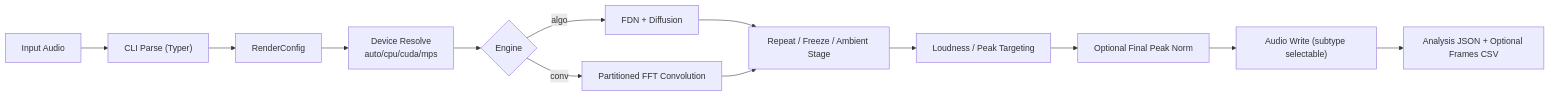
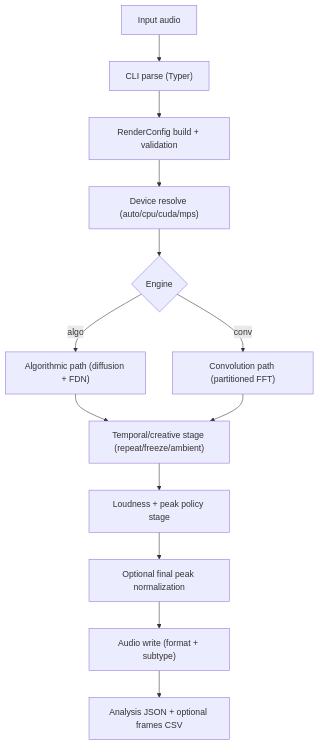
The third of 12 diagrams in README.md (TheColby/verbx), drawn with Mermaid before and after one commit. The commit also changed other lines of this file, not shown here.

Commit message:
docs: retypeset architecture/fdn graphs and define equation variables

````diff
--- a/README.md
+++ b/README.md
@@ -1286,15 +1286,15 @@
 ```mermaid
-flowchart LR
-  A["Input Audio"] --> B["CLI Parse (Typer)"]
-  B --> C["RenderConfig"]
-  C --> D["Device Resolve<br/>auto/cpu/cuda/mps"]
+flowchart TD
+  A["Input audio"] --> B["CLI parse (Typer)"]
+  B --> C["RenderConfig build + validation"]
+  C --> D["Device resolve (auto/cpu/cuda/mps)"]
   D --> E{"Engine"}
-  E -->|"algo"| F["FDN + Diffusion"]
-  E -->|"conv"| G["Partitioned FFT Convolution"]
-  F --> H["Repeat / Freeze / Ambient Stage"]
+  E -->|"algo"| F["Algorithmic path (diffusion + FDN)"]
+  E -->|"conv"| G["Convolution path (partitioned FFT)"]
+  F --> H["Temporal/creative stage (repeat/freeze/ambient)"]
   G --> H
-  H --> I["Loudness / Peak Targeting"]
-  I --> J["Optional Final Peak Norm"]
-  J --> K["Audio Write (subtype selectable)"]
-  K --> L["Analysis JSON + Optional Frames CSV"]
+  H --> I["Loudness + peak policy stage"]
+  I --> J["Optional final peak normalization"]
+  J --> K["Audio write (format + subtype)"]
+  K --> L["Analysis JSON + optional frames CSV"]
 ```
````
